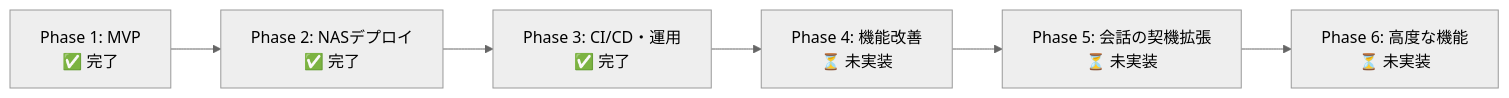
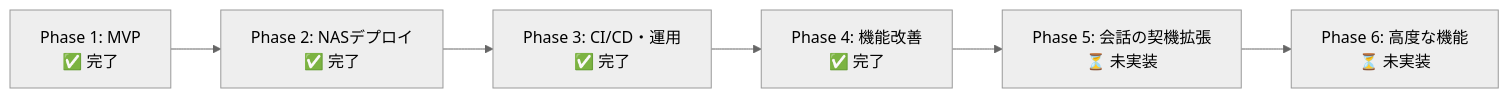
One commit to fluxrozin/kotonoha-bot changed the diagram in docs/implementation/roadmap.md. Above: the diagram before and after it, drawn with Mermaid (neutral theme). The commit also changed other lines of this file and 9 other files, not shown here.

````diff
--- a/docs/implementation/roadmap.md
+++ b/docs/implementation/roadmap.md
@@ -26,8 +26,8 @@
 ```mermaid
 graph LR
     A[Phase 1: MVP<br/>✅ 完了] --> B[Phase 2: NASデプロイ<br/>✅ 完了]
     B --> C[Phase 3: CI/CD・運用<br/>✅ 完了]
-    C --> D[Phase 4: 機能改善<br/>⏳ 未実装]
+    C --> D[Phase 4: 機能改善<br/>✅ 完了]
     D --> E[Phase 5: 会話の契機拡張<br/>⏳ 未実装]
     E --> F[Phase 6: 高度な機能<br/>⏳ 未実装]
 ```
````
